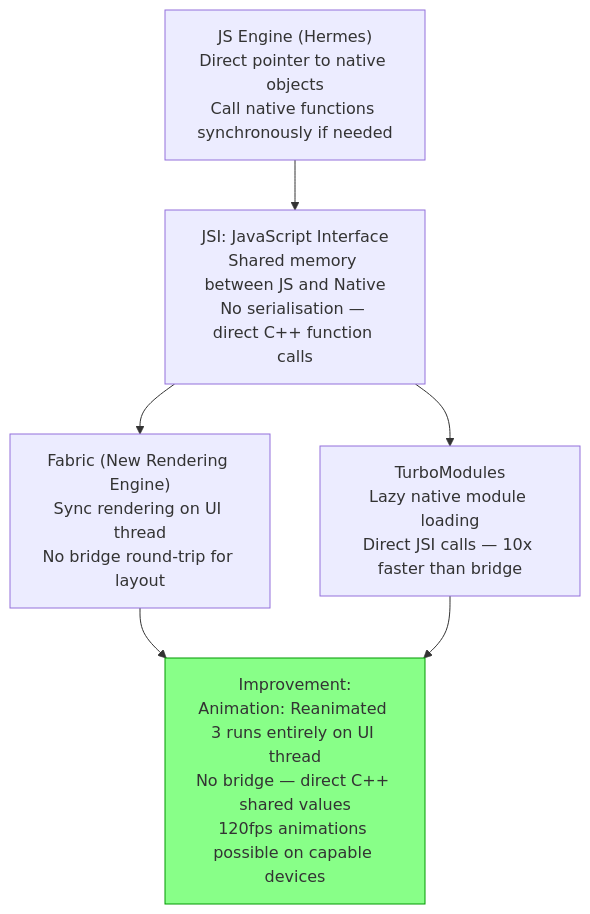
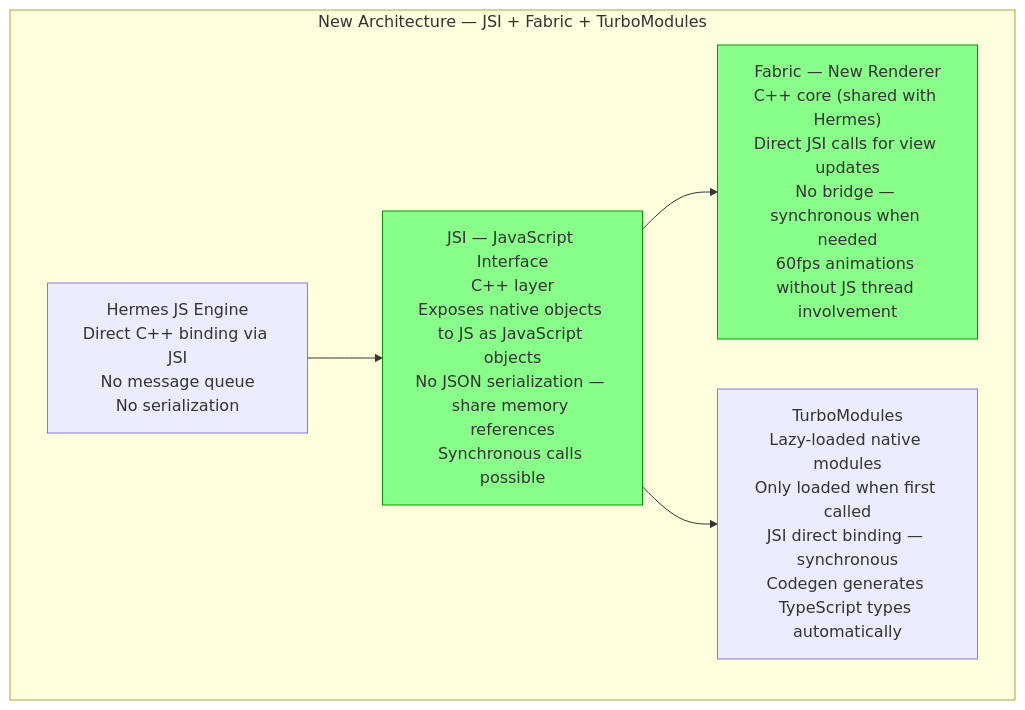
The seventh of 12 diagrams in docs-site/content/12-interview-prep/question-bank/mobile-architecture/mobile-app-architecture.md (gauravprwl14/system-design-course), drawn with Mermaid before and after one commit. The commit also changed other lines of this file and 194 other files, not shown here.

First line of the commit message:
feat(graph): rebuild linked_from arrays and regenerate KNOWLEDGE-GRAPH.md

````diff
--- a/docs-site/content/12-interview-prep/question-bank/mobile-architecture/mobile-app-architecture.md
+++ b/docs-site/content/12-interview-prep/question-bank/mobile-architecture/mobile-app-architecture.md
@@ -201,20 +227,19 @@
 ```mermaid
 graph TD
-  JSI["JSI: JavaScript Interface\nShared memory between JS and Native\nNo serialisation — direct C++ function calls"]
+  subgraph NewArch["New Architecture — JSI + Fabric + TurboModules"]
+    JSEngine["Hermes JS Engine\nDirect C++ binding via JSI\nNo message queue\nNo serialization"]
 
-  JSEngine["JS Engine (Hermes)\nDirect pointer to native objects\nCall native functions synchronously if needed"]
+    JSI["JSI — JavaScript Interface\nC++ layer\nExposes native objects to JS as JavaScript objects\nNo JSON serialization — share memory references\nSynchronous calls possible"]
 
-  Fabric["Fabric (New Rendering Engine)\nSync rendering on UI thread\nNo bridge round-trip for layout"]
+    Fabric["Fabric — New Renderer\nC++ core (shared with Hermes)\nDirect JSI calls for view updates\nNo bridge — synchronous when needed\n60fps animations without JS thread involvement"]
 
-  TurboModules["TurboModules\nLazy native module loading\nDirect JSI calls — 10x faster than bridge"]
+    TurboModules["TurboModules\nLazy-loaded native modules\nOnly loaded when first called\nJSI direct binding — synchronous\nCodegen generates TypeScript types automatically"]
 
-  JSEngine --> JSI
-  JSI --> Fabric
-  JSI --> TurboModules
+    JSEngine --> JSI
+    JSI --> Fabric
+    JSI --> TurboModules
+  end
 
-  Improvement["Improvement:\nAnimation: Reanimated 3 runs entirely on UI thread\nNo bridge — direct C++ shared values\n120fps animations possible on capable devices"]
-
-  Fabric & TurboModules --> Improvement
-
-  style Improvement fill:#8f8,stroke:#090
+  style JSI fill:#8f8,stroke:#090
+  style Fabric fill:#8f8,stroke:#090
 ```
````
